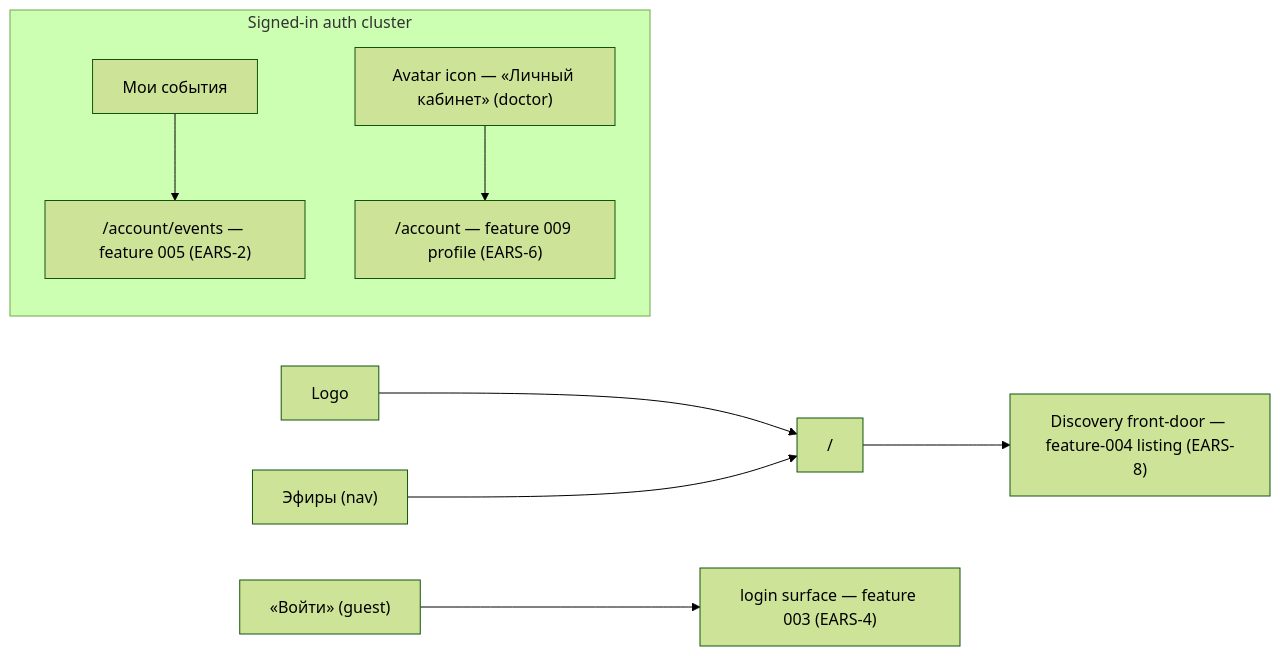
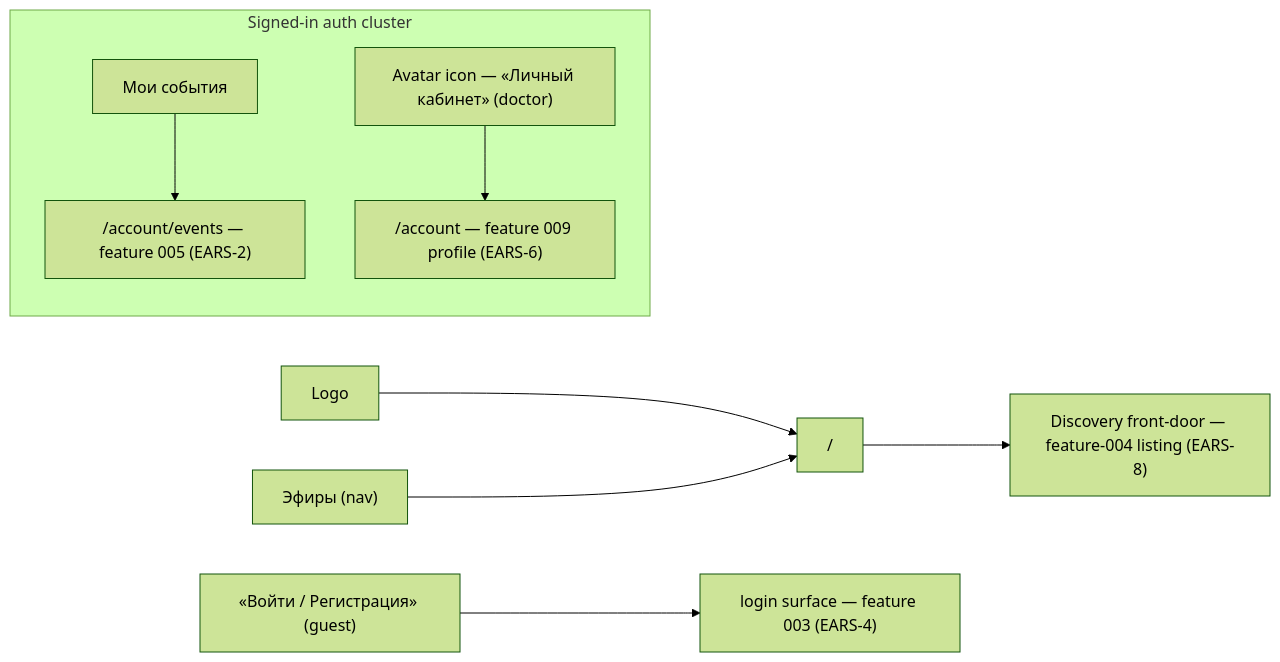
The second of 4 diagrams in apps/docs/content/specs/features/008-portal-shell/008-design.md (doctor-school/ds-platform), drawn with Mermaid (forest theme) before and after one commit. The commit also changed other lines of this file and 119 other files, not shown here.

````diff
--- a/apps/docs/content/specs/features/008-portal-shell/008-design.md
+++ b/apps/docs/content/specs/features/008-portal-shell/008-design.md
@@ -54,11 +54,11 @@
 ```mermaid
 flowchart LR
   LOGO["Logo"] --> ROOT["/"]
   EFIRY["Эфиры (nav)"] --> ROOT
   ROOT --> DISC["Discovery front-door — feature-004 listing (EARS-8)"]
   subgraph AUTHCLUSTER["Signed-in auth cluster"]
     MYEV["Мои события"] --> EVENTS["/account/events — feature 005 (EARS-2)"]
     AVATAR["Avatar icon — «Личный кабинет» (doctor)"] --> ACCOUNT["/account — feature 009 profile (EARS-6)"]
   end
-  LOGIN["«Войти» (guest)"] --> AUTH["login surface — feature 003 (EARS-4)"]
+  LOGIN["«Войти / Регистрация» (guest)"] --> AUTH["login surface — feature 003 (EARS-4)"]
 ```
````
